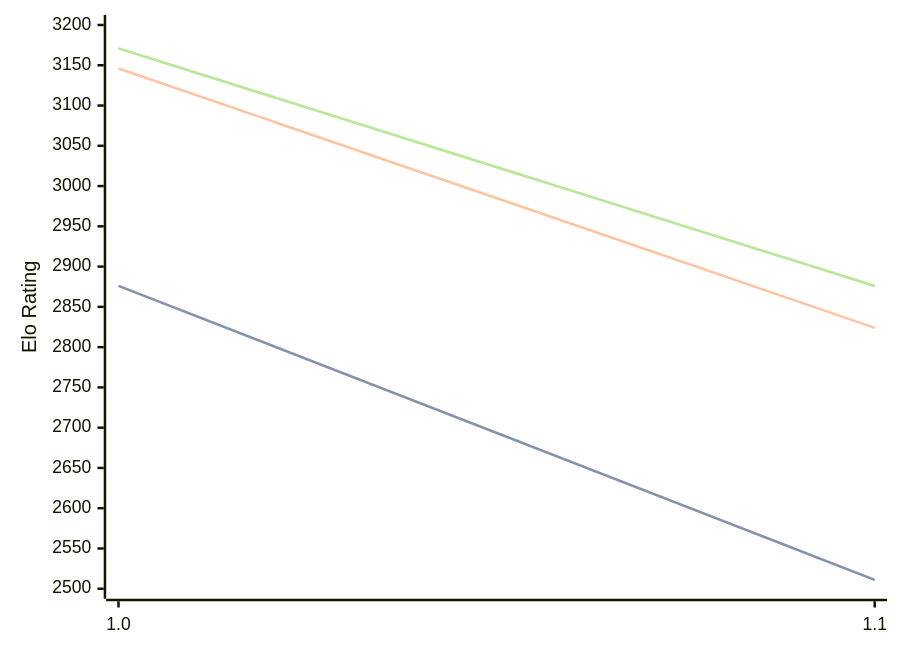
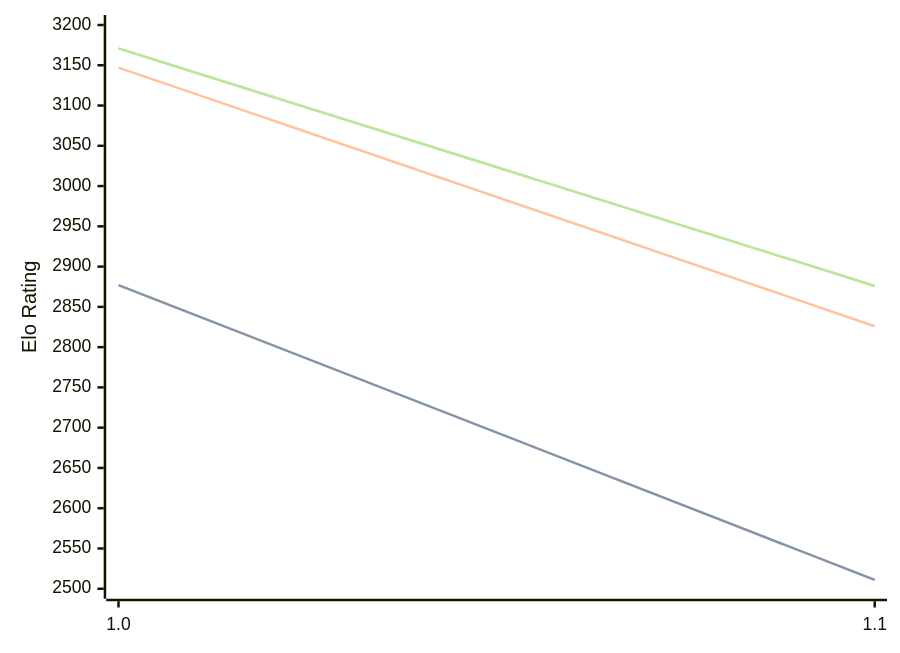
The diagram in engines/Publius.md (computer-chess-index/cci), drawn with Mermaid before and after one commit. The commit also changed other lines of this file, not shown here.

Commit message:
Update CCI Ratings (ELO VLTC) - 2026-02-15

````diff
--- a/engines/Publius.md
+++ b/engines/Publius.md
@@ -29,11 +29,11 @@
 ```mermaid
 %%{init: {"theme":"base","themeVariables":{"seriesColors:['#a3a3a3','#222221','#faa371']}}}%%
 xychart-beta
   x-axis ["1.0", "1.1"]
   y-axis "Elo Rating" 2500 --> 3200
-  line "STC (8.0+0.08s)" [2876, 2511]
-  line "STC (8.0+0.08s)" [2876, 2511]
-  line "LTC (60.0+0.60s)" [3146, 2824]
+  line "STC (8.0+0.08s)" [2877, 2511]
+  line "STC (8.0+0.08s)" [2877, 2511]
+  line "LTC (60.0+0.60s)" [3147, 2826]
   line "VLTC (2m24s+1.12s)" [3171, 2876]
   line "VLTC (2m24s+1.12s)" [3171, 2876]
 ```
````
